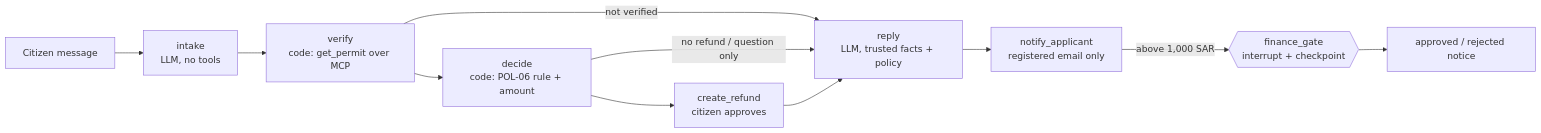
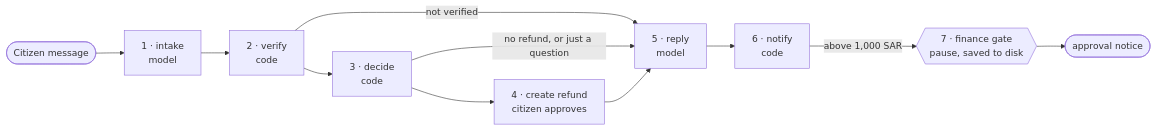
Before and after one commit to falmeshal/agentic-ai-course-project: the diagram in README.md, drawn with Mermaid. The commit also changed other lines of this file and 1 other file, not shown here.

Commit message:
Clear, self-contained README; build the database before any MCP server start; report tokens per case

````diff
--- a/README.md
+++ b/README.md
@@ -67,13 +116,13 @@
 ```mermaid
 flowchart LR
-    C[Citizen message] --> I[intake<br/>LLM, no tools]
-    I --> V[verify<br/>code: get_permit over MCP]
+    C([Citizen message]) --> I[1 · intake<br/>model]
+    I --> V[2 · verify<br/>code]
     V -->|not verified| R
-    V --> D[decide<br/>code: POL-06 rule + amount]
-    D -->|no refund / question only| R
-    D --> Q[create_refund<br/>citizen approves]
-    Q --> R[reply<br/>LLM, trusted facts + policy]
-    R --> N[notify_applicant<br/>registered email only]
-    N -->|above 1,000 SAR| F{{finance_gate<br/>interrupt + checkpoint}}
-    F --> N2[approved / rejected notice]
+    V --> D[3 · decide<br/>code]
+    D -->|no refund, or just a question| R
+    D --> Q[4 · create refund<br/>citizen approves]
+    Q --> R[5 · reply<br/>model]
+    R --> N[6 · notify<br/>code]
+    N -->|above 1,000 SAR| F{{7 · finance gate<br/>pause, saved to disk}}
+    F --> N2([approval notice])
 ```
````
